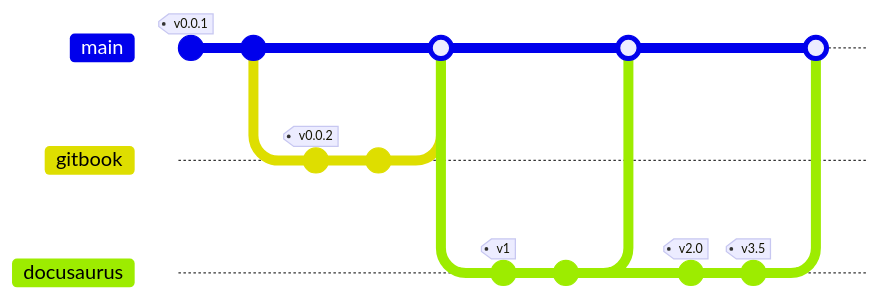
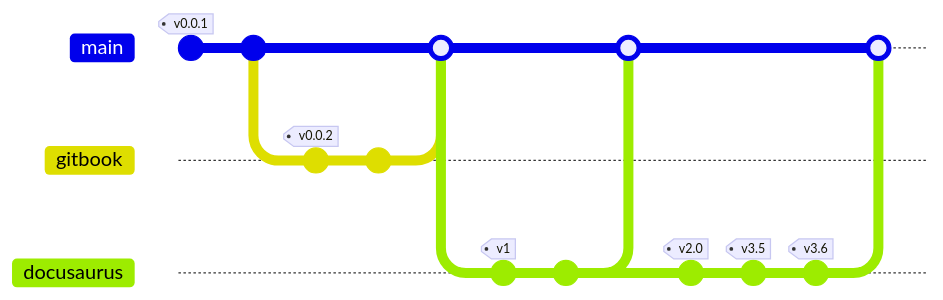
The first of 3 diagrams in src/pages/help.md (windhamdavid/til), drawn with Mermaid before and after one commit. The commit also changed other lines of this file and 4 other files, not shown here. Commit ids are hidden.

````diff
--- a/src/pages/help.md
+++ b/src/pages/help.md
@@ -23,21 +23,22 @@
 ```mermaid
 gitGraph
     commit id: ".md files" tag: "v0.0.1"
     commit
     branch gitbook
     commit id: "mv to gitbook" tag: "v0.0.2"
     commit
     checkout main
     merge gitbook
     branch docusaurus
     checkout docusaurus
     commit id: "docusaurus"  tag: "v1"
     commit
     checkout main
     merge docusaurus
     checkout docusaurus
     commit id: "2"  tag: "v2.0"
     commit id: "3.5"  tag: "v3.5"
+    commit id: "3.6.1"  tag: "v3.6"
     checkout main
     merge docusaurus
 ```
````
